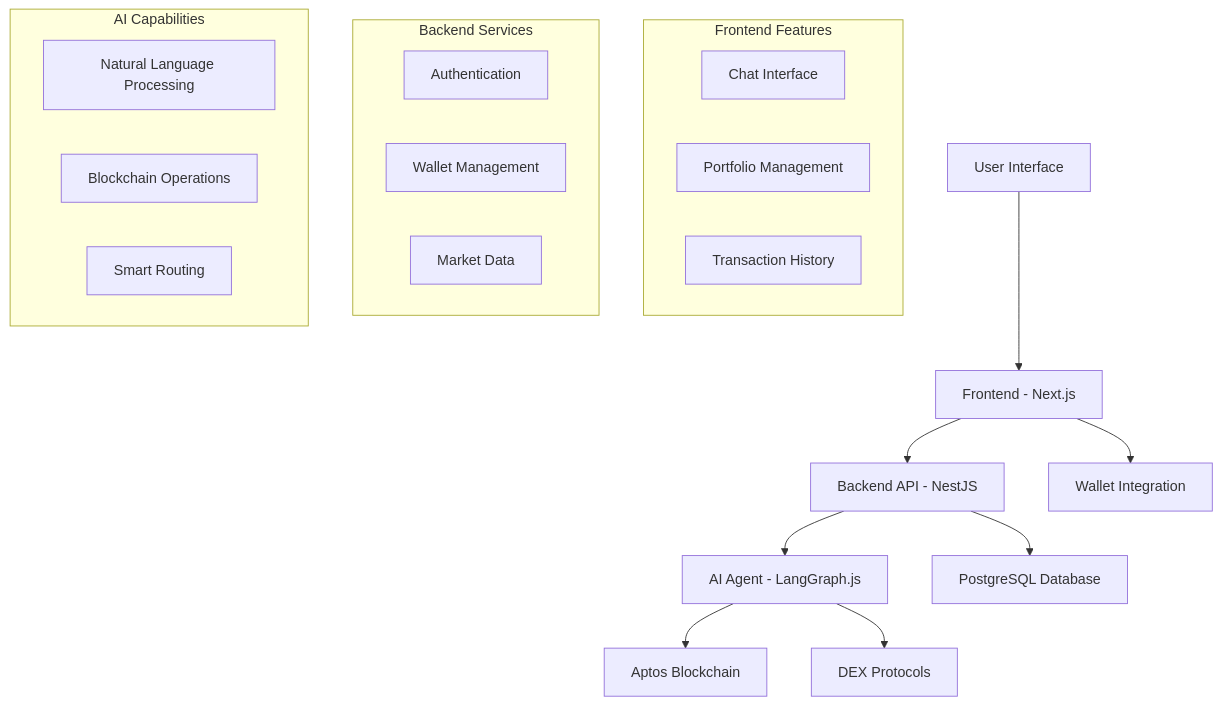
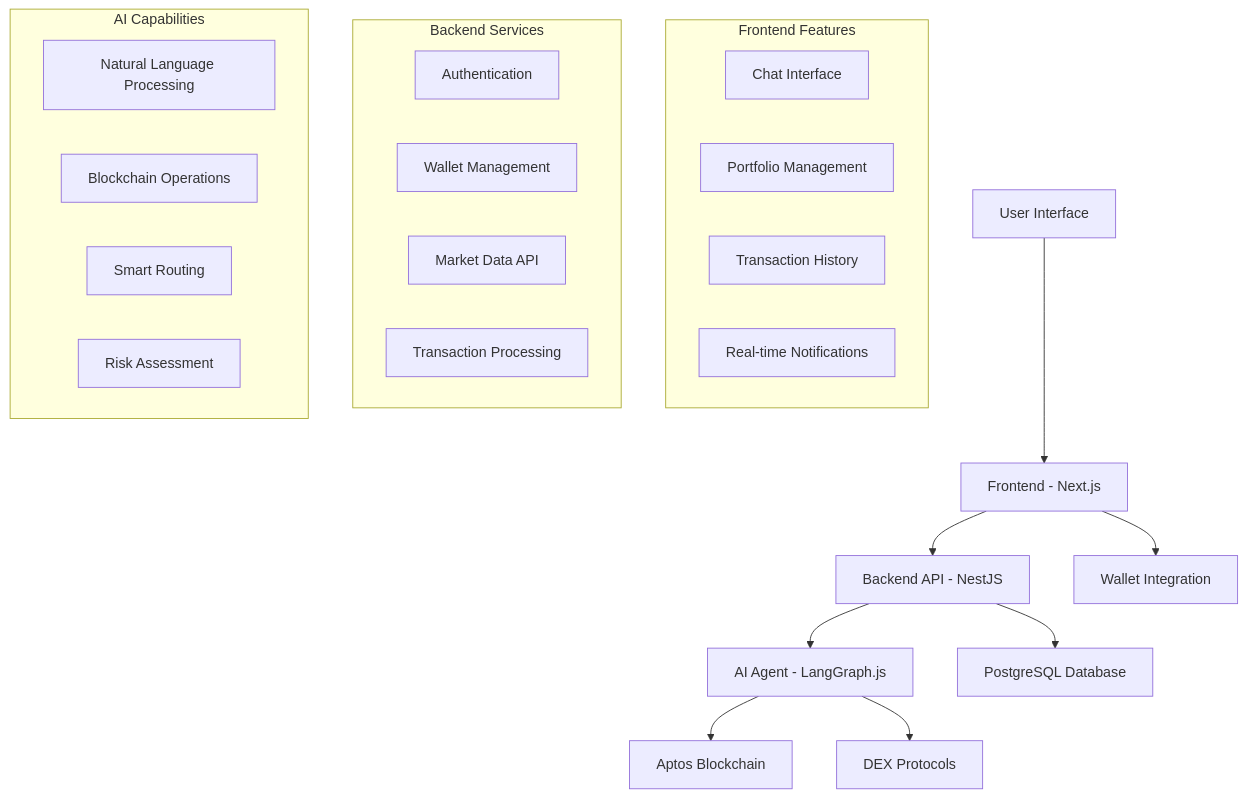
The diagram in profile/README.md (HakifAI/.github), drawn with Mermaid before and after one commit. The commit also changed other lines of this file, not shown here.

````diff
--- a/profile/README.md
+++ b/profile/README.md
@@ -27,29 +35,32 @@
 ```mermaid
 graph TB
     A[User Interface] --> B[Frontend - Next.js]
     B --> C[Backend API - NestJS]
     C --> D[AI Agent - LangGraph.js]
     D --> E[Aptos Blockchain]
     
     B --> F[Wallet Integration]
     C --> G[PostgreSQL Database]
     D --> H[DEX Protocols]
     
     subgraph "Frontend Features"
         I[Chat Interface]
         J[Portfolio Management]
         K[Transaction History]
+        L[Real-time Notifications]
     end
     
     subgraph "Backend Services"
-        L[Authentication]
-        M[Wallet Management]
-        N[Market Data]
+        M[Authentication]
+        N[Wallet Management]
+        O[Market Data API]
+        P[Transaction Processing]
     end
     
     subgraph "AI Capabilities"
-        O[Natural Language Processing]
-        P[Blockchain Operations]
-        Q[Smart Routing]
+        Q[Natural Language Processing]
+        R[Blockchain Operations]
+        S[Smart Routing]
+        T[Risk Assessment]
     end
 ```
````
